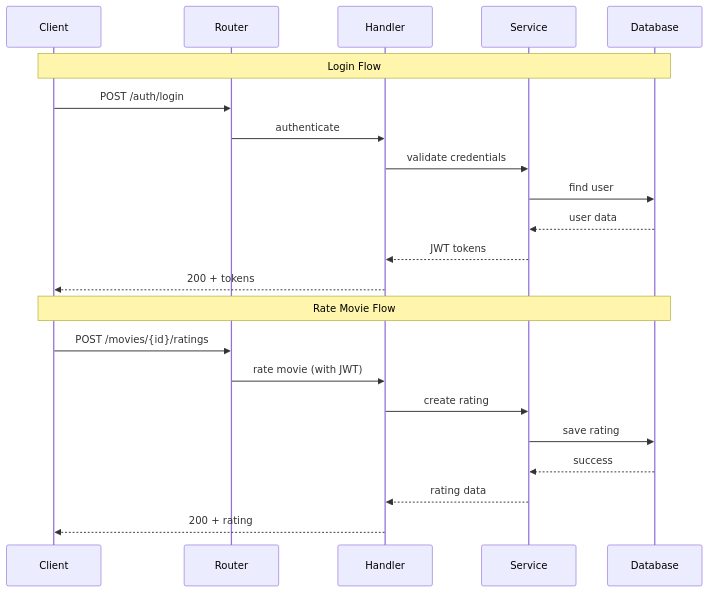
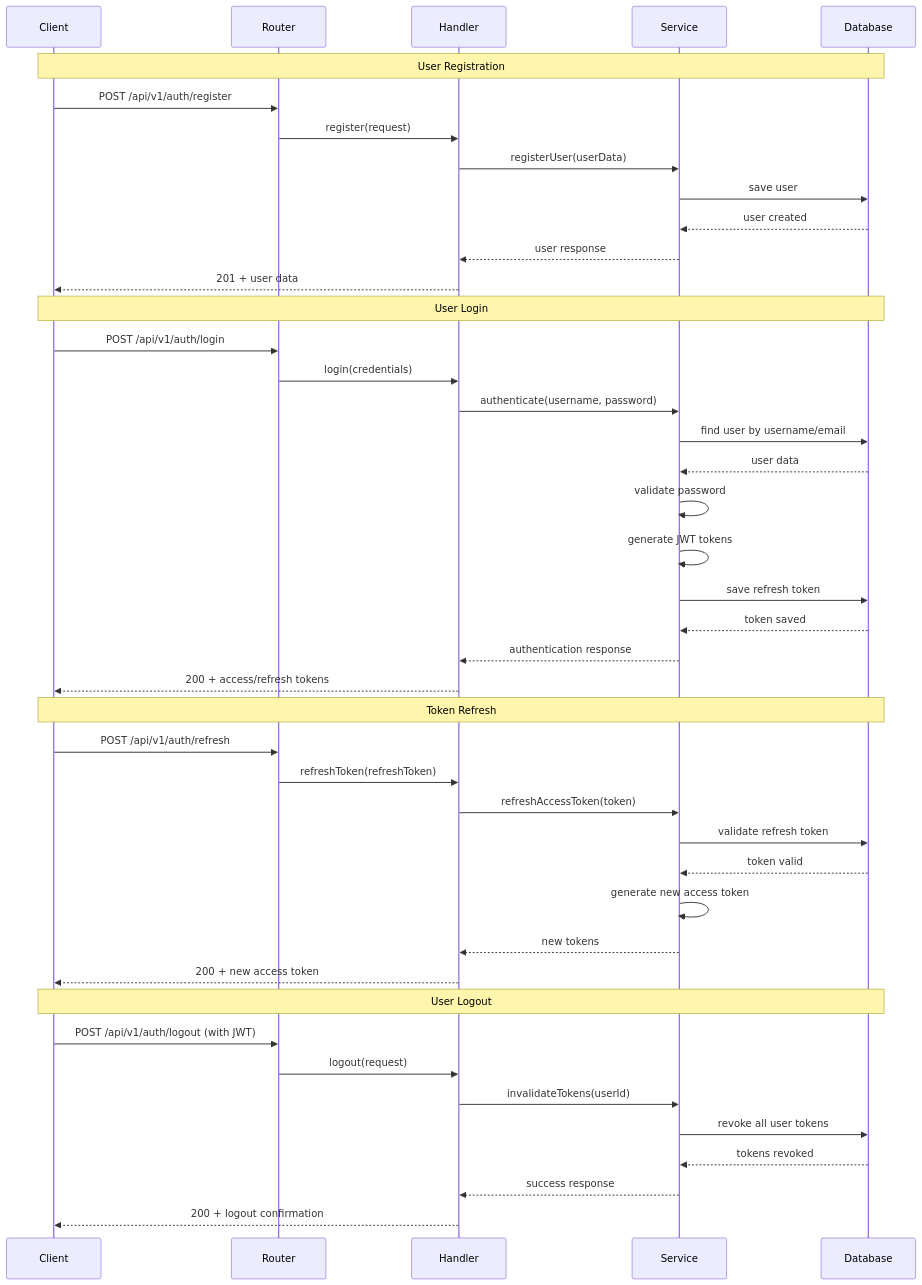
Before and after one commit to pranavskurup/backend-coding-challenge: the third of 7 diagrams in docs/architecture-diagram.md, drawn with Mermaid. The commit also changed other lines of this file, not shown here.

Commit message:
docs: Update API workflows and add detailed sequence diagrams for authentication, user management, movie management, and rating flows

````diff
--- a/docs/architecture-diagram.md
+++ b/docs/architecture-diagram.md
@@ -118,26 +120,49 @@
 ```mermaid
 sequenceDiagram
     participant C as Client
     participant R as Router
     participant H as Handler
     participant S as Service
-    participant D as Database
+    participant DB as Database
 
-    Note over C,D: Login Flow
-    C->>R: POST /auth/login
-    R->>H: authenticate
-    H->>S: validate credentials
-    S->>D: find user
-    D-->>S: user data
-    S-->>H: JWT tokens
-    H-->>C: 200 + tokens
+    Note over C,DB: User Registration
+    C->>R: POST /api/v1/auth/register
+    R->>H: register(request)
+    H->>S: registerUser(userData)
+    S->>DB: save user
+    DB-->>S: user created
+    S-->>H: user response
+    H-->>C: 201 + user data
 
-    Note over C,D: Rate Movie Flow
-    C->>R: POST /movies/{id}/ratings
-    R->>H: rate movie (with JWT)
-    H->>S: create rating
-    S->>D: save rating
-    D-->>S: success
-    S-->>H: rating data
-    H-->>C: 200 + rating
+    Note over C,DB: User Login
+    C->>R: POST /api/v1/auth/login
+    R->>H: login(credentials)
+    H->>S: authenticate(username, password)
+    S->>DB: find user by username/email
+    DB-->>S: user data
+    S->>S: validate password
+    S->>S: generate JWT tokens
+    S->>DB: save refresh token
+    DB-->>S: token saved
+    S-->>H: authentication response
+    H-->>C: 200 + access/refresh tokens
+
+    Note over C,DB: Token Refresh
+    C->>R: POST /api/v1/auth/refresh
+    R->>H: refreshToken(refreshToken)
+    H->>S: refreshAccessToken(token)
+    S->>DB: validate refresh token
+    DB-->>S: token valid
+    S->>S: generate new access token
+    S-->>H: new tokens
+    H-->>C: 200 + new access token
+
+    Note over C,DB: User Logout
+    C->>R: POST /api/v1/auth/logout (with JWT)
+    R->>H: logout(request)
+    H->>S: invalidateTokens(userId)
+    S->>DB: revoke all user tokens
+    DB-->>S: tokens revoked
+    S-->>H: success response
+    H-->>C: 200 + logout confirmation
 ```
````
